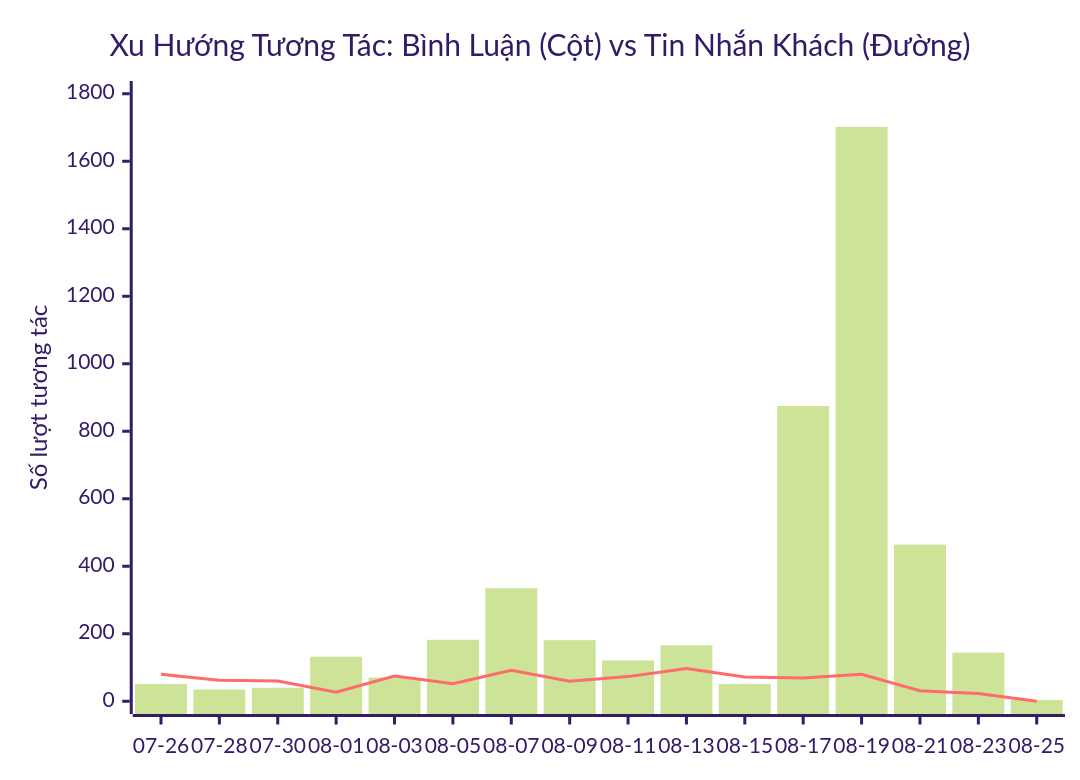
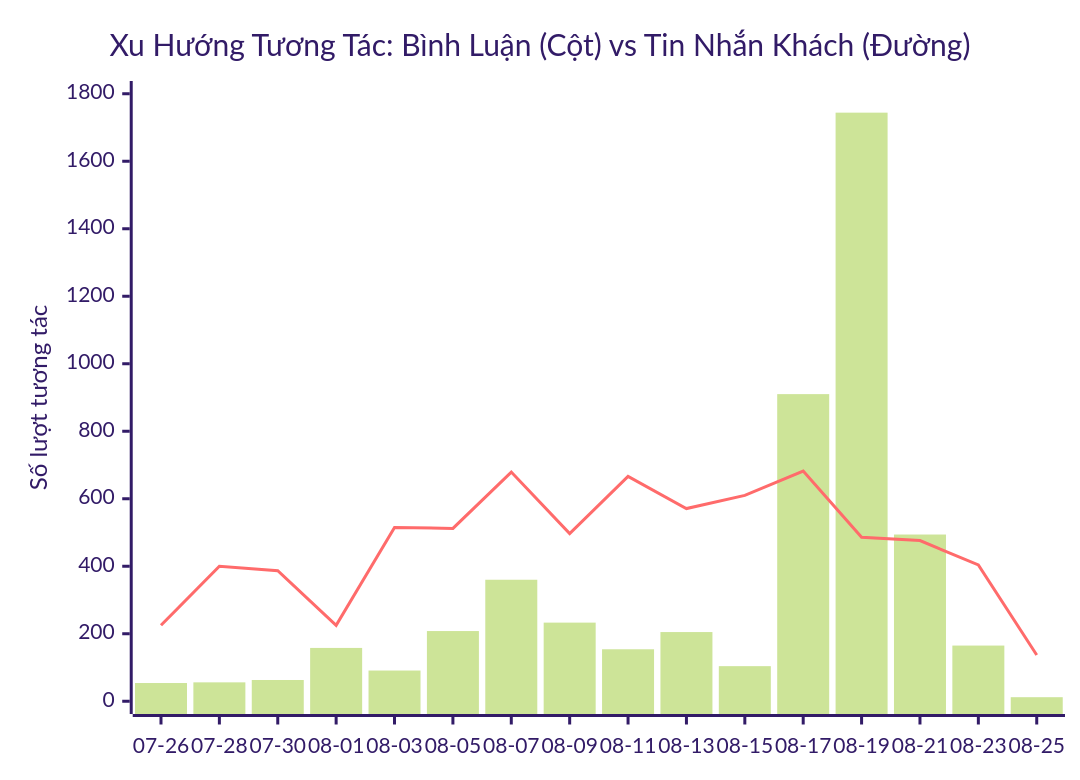
The first of 8 diagrams in content/Pancake-Audit/2026-08-25-NERCI-Pancake-Omnichannel-Performance-Report.md (dai-duong-1992/nerci-wiki), drawn with Mermaid (forest theme) before and after one commit. The commit also changed other lines of this file and 2 other files, not shown here.

````diff
--- a/content/Pancake-Audit/2026-08-25-NERCI-Pancake-Omnichannel-Performance-Report.md
+++ b/content/Pancake-Audit/2026-08-25-NERCI-Pancake-Omnichannel-Performance-Report.md
@@ -47,8 +48,8 @@
 ```mermaid
 xychart-beta
     title "Xu Hướng Tương Tác: Bình Luận (Cột) vs Tin Nhắn Khách (Đường)"
     x-axis ["07-26", "07-28", "07-30", "08-01", "08-03", "08-05", "08-07", "08-09", "08-11", "08-13", "08-15", "08-17", "08-19", "08-21", "08-23", "08-25"]
     y-axis "Số lượt tương tác" 0 --> 1800
-    bar [51, 35, 40, 132, 70, 182, 335, 181, 121, 166, 51, 875, 1702, 464, 144, 4]
-    line [80, 62, 60, 27, 75, 52, 92, 59, 73, 97, 72, 69, 80, 31, 23, 0]
+    bar [54, 56, 63, 158, 91, 208, 360, 233, 154, 205, 104, 910, 1744, 494, 165, 12]
+    line [225, 400, 387, 225, 515, 512, 679, 497, 666, 571, 610, 682, 486, 476, 404, 137]
 ```
````
